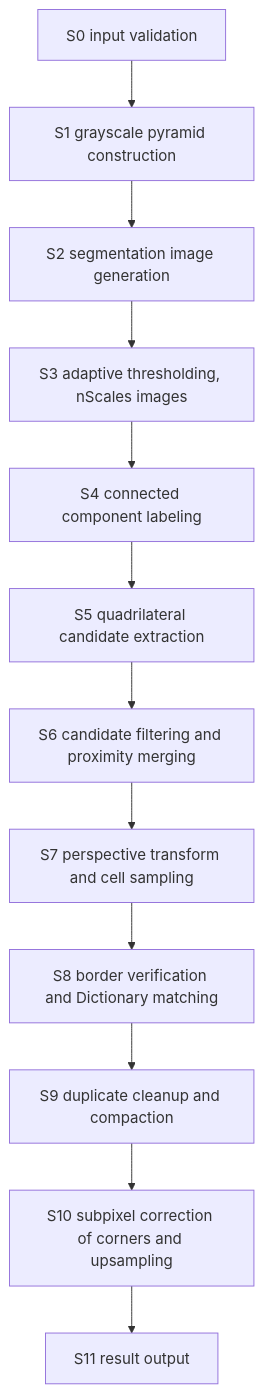
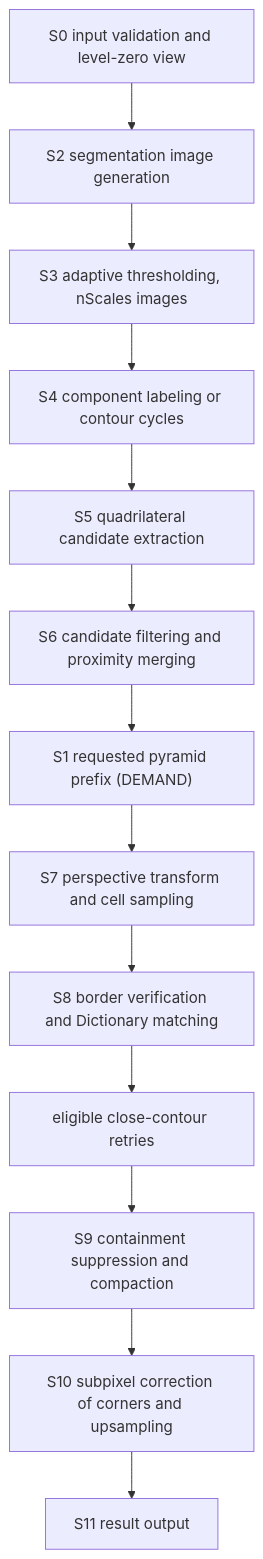
Before and after one commit to MasakazuTobeta/ArUco3-CUDA: the first of 2 diagrams in docs/design/detector-pipeline.md, drawn with Mermaid. The commit also changed other lines of this file and 69 other files, not shown here.

````diff
--- a/docs/design/detector-pipeline.md
+++ b/docs/design/detector-pipeline.md
@@ -301,14 +309,15 @@
 ```mermaid
 flowchart TD
-    S0["S0 input validation"] --> S1["S1 grayscale pyramid construction"]
-    S1 --> S2["S2 segmentation image generation"]
+    S0["S0 input validation and level-zero view"] --> S2["S2 segmentation image generation"]
     S2 --> S3["S3 adaptive thresholding, nScales images"]
-    S3 --> S4["S4 connected component labeling"]
+    S3 --> S4["S4 component labeling or contour cycles"]
     S4 --> S5["S5 quadrilateral candidate extraction"]
     S5 --> S6["S6 candidate filtering and proximity merging"]
-    S6 --> S7["S7 perspective transform and cell sampling"]
+    S6 --> S1["S1 requested pyramid prefix (DEMAND)"]
+    S1 --> S7["S7 perspective transform and cell sampling"]
     S7 --> S8["S8 border verification and Dictionary matching"]
-    S8 --> S9["S9 duplicate cleanup and compaction"]
+    S8 --> R["eligible close-contour retries"]
+    R --> S9["S9 containment suppression and compaction"]
     S9 --> S10["S10 subpixel correction of corners and upsampling"]
     S10 --> S11["S11 result output"]
 ```
````
